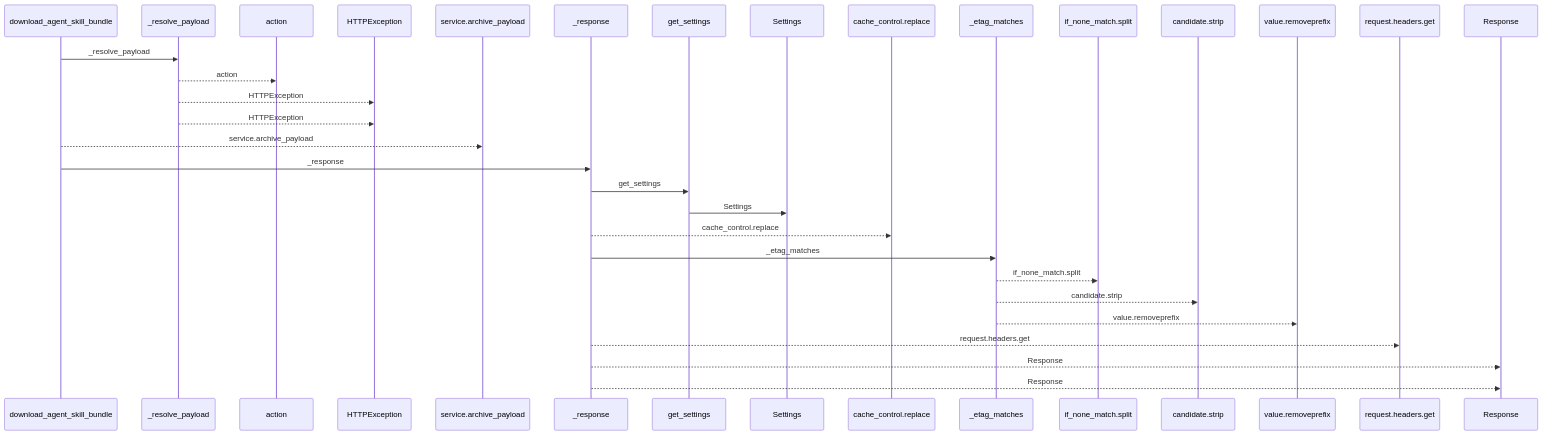
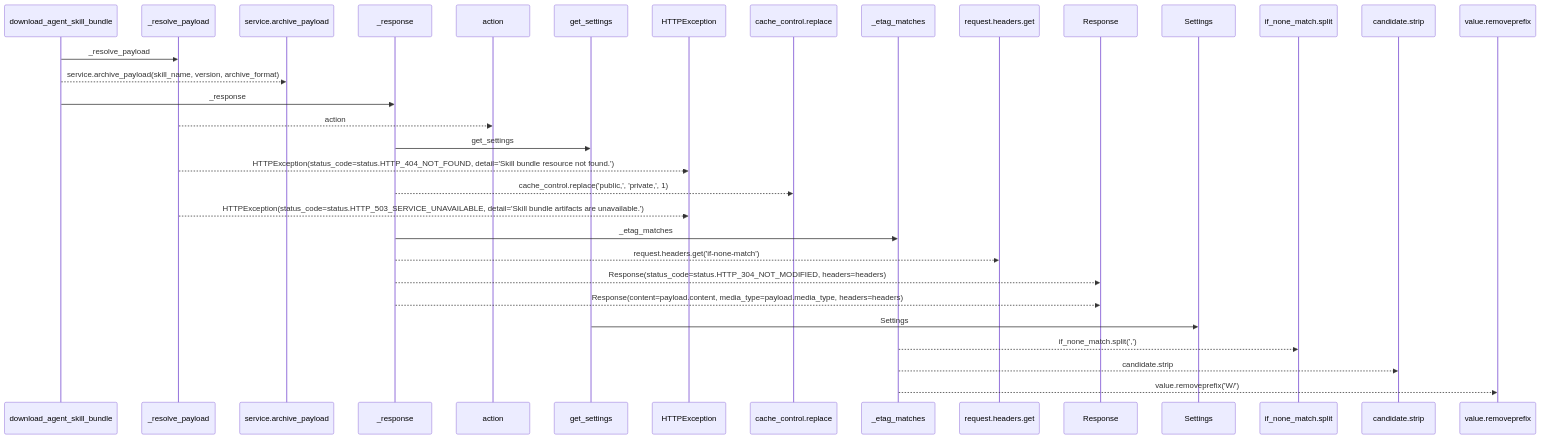
One commit to Denissvgn/WorkChord changed the first of 2 diagrams in docs/llm_wiki/flows/http-download_agent_skill_bundle.md. Above: the diagram before and after it, drawn with Mermaid. The commit also changed other lines of this file and 25171 other files, not shown here.

````diff
--- a/docs/llm_wiki/flows/http-download_agent_skill_bundle.md
+++ b/docs/llm_wiki/flows/http-download_agent_skill_bundle.md
@@ -10,34 +12,34 @@
 ```mermaid
 sequenceDiagram
     participant p0 as download_agent_skill_bundle
     participant p1 as _resolve_payload
-    participant p2 as action
-    participant p3 as HTTPException
-    participant p4 as service.archive_payload
-    participant p5 as _response
-    participant p6 as get_settings
-    participant p7 as Settings
-    participant p8 as cache_control.replace
-    participant p9 as _etag_matches
-    participant p10 as if_none_match.split
-    participant p11 as candidate.strip
-    participant p12 as value.removeprefix
-    participant p13 as request.headers.get
-    participant p14 as Response
+    participant p2 as service.archive_payload
+    participant p3 as _response
+    participant p4 as action
+    participant p5 as get_settings
+    participant p6 as HTTPException
+    participant p7 as cache_control.replace
+    participant p8 as _etag_matches
+    participant p9 as request.headers.get
+    participant p10 as Response
+    participant p11 as Settings
+    participant p12 as if_none_match.split
+    participant p13 as candidate.strip
+    participant p14 as value.removeprefix
     p0->>p1: _resolve_payload
-    p1-->>p2: action
-    p1-->>p3: HTTPException
-    p1-->>p3: HTTPException
-    p0-->>p4: service.archive_payload
-    p0->>p5: _response
-    p5->>p6: get_settings
-    p6->>p7: Settings
-    p5-->>p8: cache_control.replace
-    p5->>p9: _etag_matches
-    p9-->>p10: if_none_match.split
-    p9-->>p11: candidate.strip
-    p9-->>p12: value.removeprefix
-    p5-->>p13: request.headers.get
-    p5-->>p14: Response
-    p5-->>p14: Response
+    p0-->>p2: service.archive_payload(skill_name, version, archive_format)
+    p0->>p3: _response
+    p1-->>p4: action
+    p3->>p5: get_settings
+    p1-->>p6: HTTPException(status_code=status.HTTP_404_NOT_FOUND, detail='Skill bundle resource not found.')
+    p3-->>p7: cache_control.replace('public,', 'private,', 1)
+    p1-->>p6: HTTPException(status_code=status.HTTP_503_SERVICE_UNAVAILABLE, detail='Skill bundle artifacts are unavailable.')
+    p3->>p8: _etag_matches
+    p3-->>p9: request.headers.get('if-none-match')
+    p3-->>p10: Response(status_code=status.HTTP_304_NOT_MODIFIED, headers=headers)
+    p3-->>p10: Response(content=payload.content, media_type=payload.media_type, headers=headers)
+    p5->>p11: Settings
+    p8-->>p12: if_none_match.split(',')
+    p8-->>p13: candidate.strip
+    p8-->>p14: value.removeprefix('W/')
 ```
````
